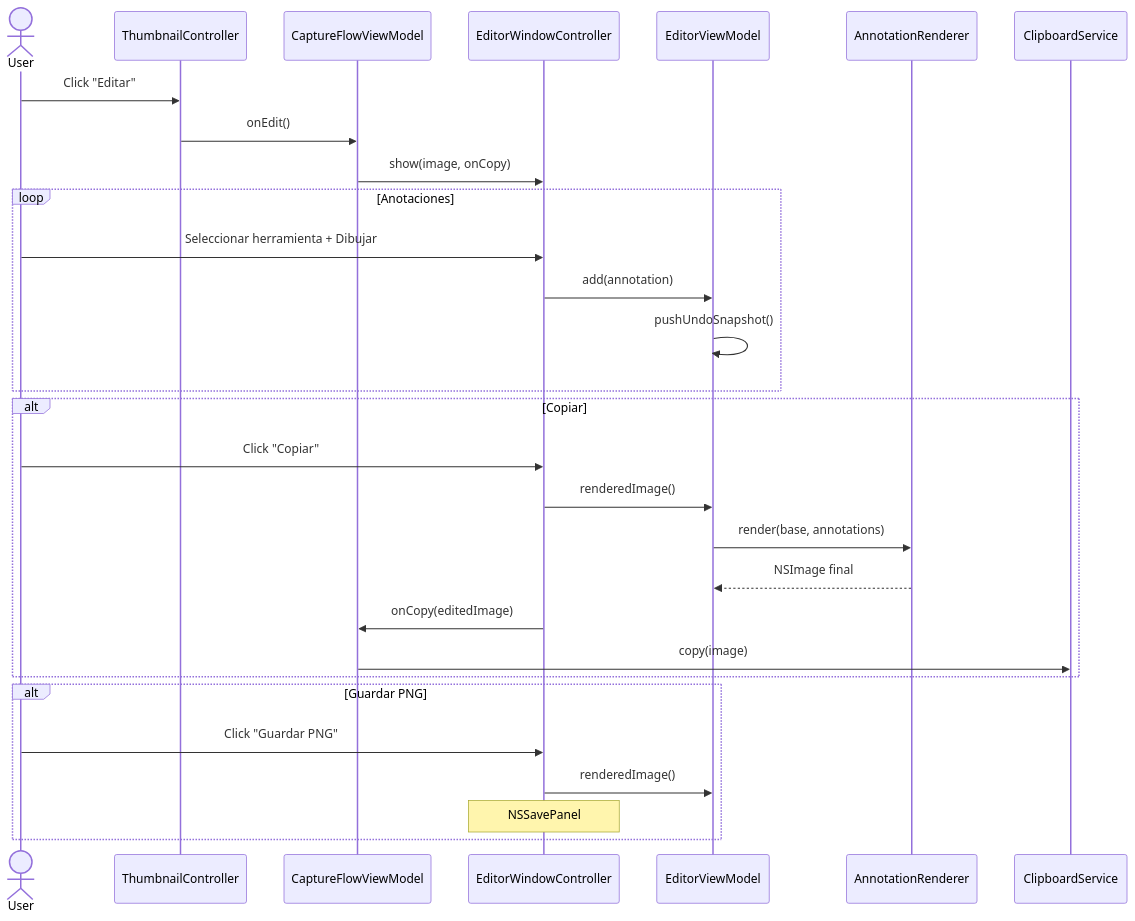
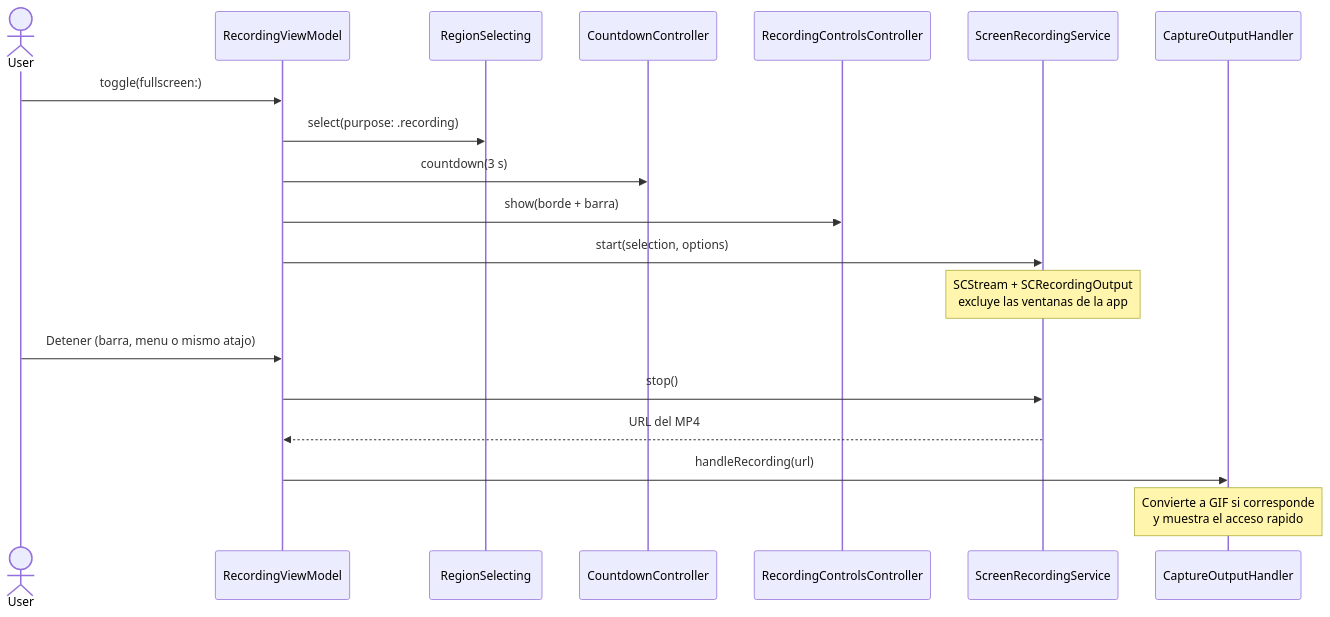
One commit to Osmait/sb-shot changed the third of 3 diagrams in ARCHITECTURE.md. Above: the diagram before and after it, drawn with Mermaid. The commit also changed other lines of this file and 51 other files, not shown here.

First line of the commit message:
Paridad con CleanShot: grabación de pantalla, editor completo, acceso rápido e historial

````diff
--- a/ARCHITECTURE.md
+++ b/ARCHITECTURE.md
@@ -147,35 +129,22 @@
 ```mermaid
 sequenceDiagram
     actor User
-    participant Thumbnail as ThumbnailController
-    participant FlowVM as CaptureFlowViewModel
-    participant EditorWC as EditorWindowController
-    participant EditorVM as EditorViewModel
-    participant Renderer as AnnotationRenderer
-    participant Clipboard as ClipboardService
+    participant RecVM as RecordingViewModel
+    participant Selector as RegionSelecting
+    participant Countdown as CountdownController
+    participant Controls as RecordingControlsController
+    participant Recorder as ScreenRecordingService
+    participant Output as CaptureOutputHandler
 
-    User->>Thumbnail: Click "Editar"
-    Thumbnail->>FlowVM: onEdit()
-    FlowVM->>EditorWC: show(image, onCopy)
-
-    loop Anotaciones
-        User->>EditorWC: Seleccionar herramienta + Dibujar
-        EditorWC->>EditorVM: add(annotation)
-        EditorVM->>EditorVM: pushUndoSnapshot()
-    end
-
-    alt Copiar
-        User->>EditorWC: Click "Copiar"
-        EditorWC->>EditorVM: renderedImage()
-        EditorVM->>Renderer: render(base, annotations)
-        Renderer-->>EditorVM: NSImage final
-        EditorWC->>FlowVM: onCopy(editedImage)
-        FlowVM->>Clipboard: copy(image)
-    end
-
-    alt Guardar PNG
-        User->>EditorWC: Click "Guardar PNG"
-        EditorWC->>EditorVM: renderedImage()
-        Note over EditorWC: NSSavePanel
-    end
+    User->>RecVM: toggle(fullscreen:)
+    RecVM->>Selector: select(purpose: .recording)
+    RecVM->>Countdown: countdown(3 s)
+    RecVM->>Controls: show(borde + barra)
+    RecVM->>Recorder: start(selection, options)
+    Note over Recorder: SCStream + SCRecordingOutput<br/>excluye las ventanas de la app
+    User->>RecVM: Detener (barra, menu o mismo atajo)
+    RecVM->>Recorder: stop()
+    Recorder-->>RecVM: URL del MP4
+    RecVM->>Output: handleRecording(url)
+    Note over Output: Convierte a GIF si corresponde<br/>y muestra el acceso rapido
 ```
````
